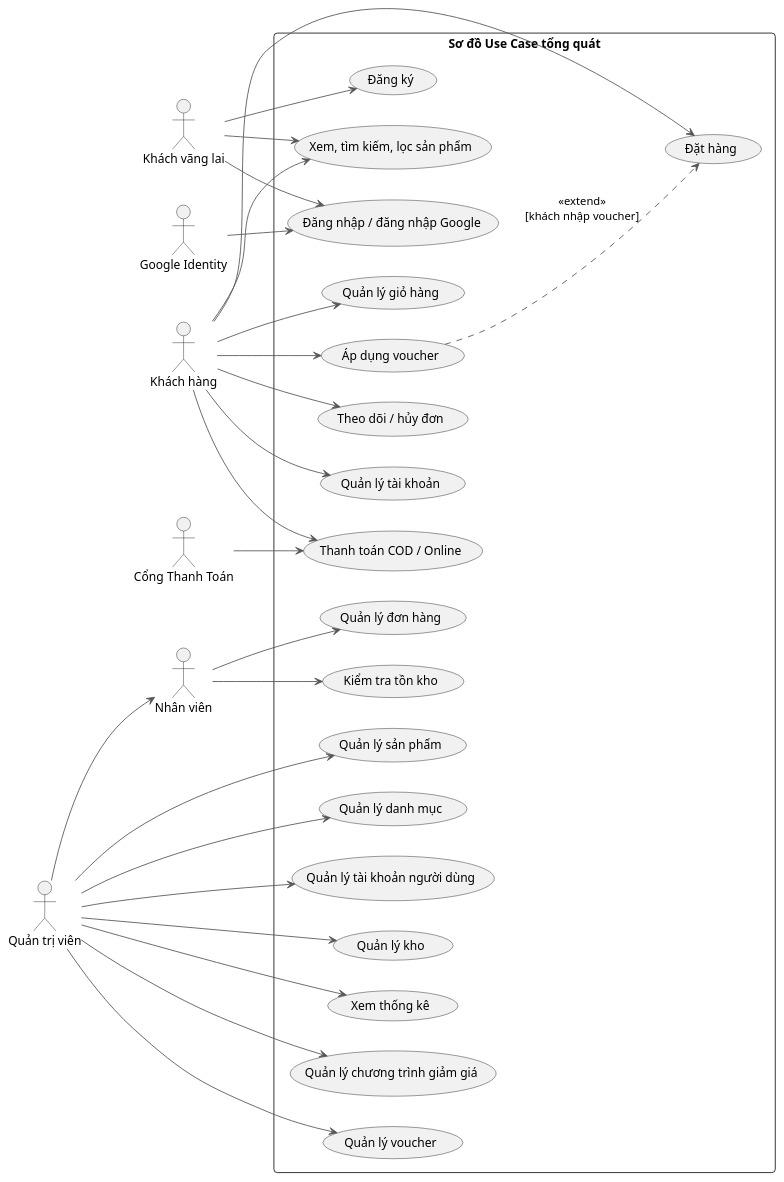
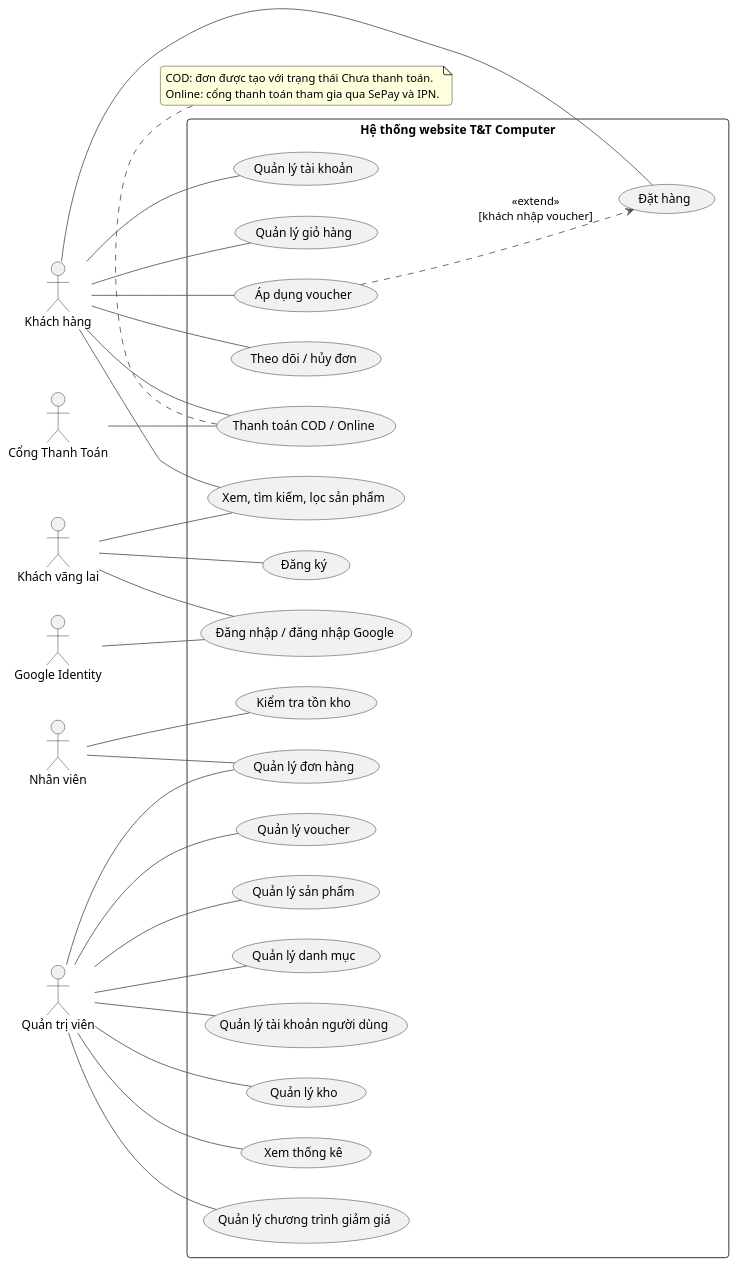
Before and after one commit to MrCoww2510/DoAn1CongThanhDucThinh: the diagram in NOTE/docs/uml/plantuml/01_UseCase_TongQuat.puml, drawn with PlantUML. The commit also changed 66 other files, not shown here.

```diff
--- a/NOTE/docs/uml/plantuml/01_UseCase_TongQuat.puml
+++ b/NOTE/docs/uml/plantuml/01_UseCase_TongQuat.puml
@@ -1,58 +1,63 @@
-@startumlrạ
+@startuml
 skinparam backgroundColor white
 skinparam shadowing false
 skinparam roundcorner 8
 skinparam defaultFontName Arial
 skinparam ArrowColor #555555
 left to right direction
 actor "Khách vãng lai" as Guest
 actor "Khách hàng" as Customer
 actor "Nhân viên" as Staff
 actor "Quản trị viên" as Admin
 actor "Google Identity" as Google
 actor "Cổng Thanh Toán" as SePay
-rectangle "Sơ đồ Use Case tổng quát" {
+rectangle "Hệ thống website T&T Computer" {
  usecase "Đăng ký" as UC01
  usecase "Đăng nhập / đăng nhập Google" as UC02
  usecase "Xem, tìm kiếm, lọc sản phẩm" as UC03
  usecase "Quản lý giỏ hàng" as UC04
  usecase "Đặt hàng" as UC05
  usecase "Áp dụng voucher" as UC18
  usecase "Thanh toán COD / Online" as UC06
  usecase "Theo dõi / hủy đơn" as UC07
  usecase "Quản lý tài khoản" as UC08
  usecase "Quản lý đơn hàng" as UC09
  usecase "Kiểm tra tồn kho" as UC10
  usecase "Quản lý sản phẩm" as UC11
  usecase "Quản lý danh mục" as UC12
  usecase "Quản lý tài khoản người dùng" as UC13
  usecase "Quản lý kho" as UC14
  usecase "Xem thống kê" as UC15
  usecase "Quản lý chương trình giảm giá" as UC16
  usecase "Quản lý voucher" as UC17
 }
-Guest --> UC01
-Guest --> UC02
-Guest --> UC03
-Customer --> UC03
-Customer --> UC04
-Customer --> UC05
-Customer --> UC06
-Customer --> UC07
-Customer --> UC08
-Customer --> UC18
-Google --> UC02
-SePay --> UC06
-Staff --> UC09
-Staff --> UC10
-Admin --> Staff
-Admin --> UC11
-Admin --> UC12
-Admin --> UC13
-Admin --> UC14
-Admin --> UC15
-Admin --> UC16
-Admin --> UC17
+Guest -- UC01
+Guest -- UC02
+Guest -- UC03
+Customer -- UC03
+Customer -- UC04
+Customer -- UC05
+Customer -- UC06
+Customer -- UC07
+Customer -- UC08
+Customer -- UC18
+Google -- UC02
+SePay -- UC06
+Staff -- UC09
+Staff -- UC10
+Admin -- UC09
+Admin -- UC11
+Admin -- UC12
+Admin -- UC13
+Admin -- UC14
+Admin -- UC15
+Admin -- UC16
+Admin -- UC17
 UC18 ..> UC05 : <<extend>>\n[khách nhập voucher]
 
+note bottom of UC06
+  COD: đơn được tạo với trạng thái Chưa thanh toán.
+  Online: cổng thanh toán tham gia qua SePay và IPN.
+end note
+
 @enduml
```
